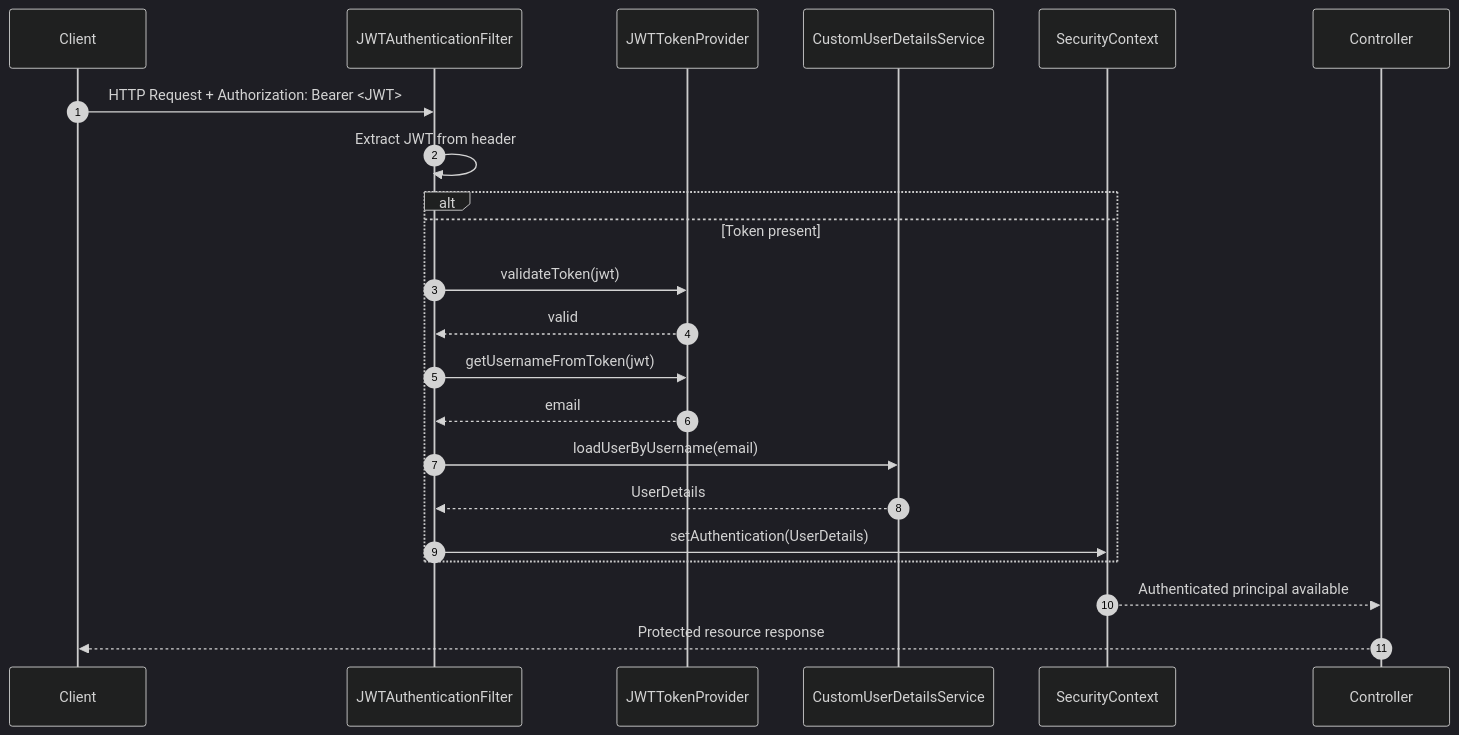
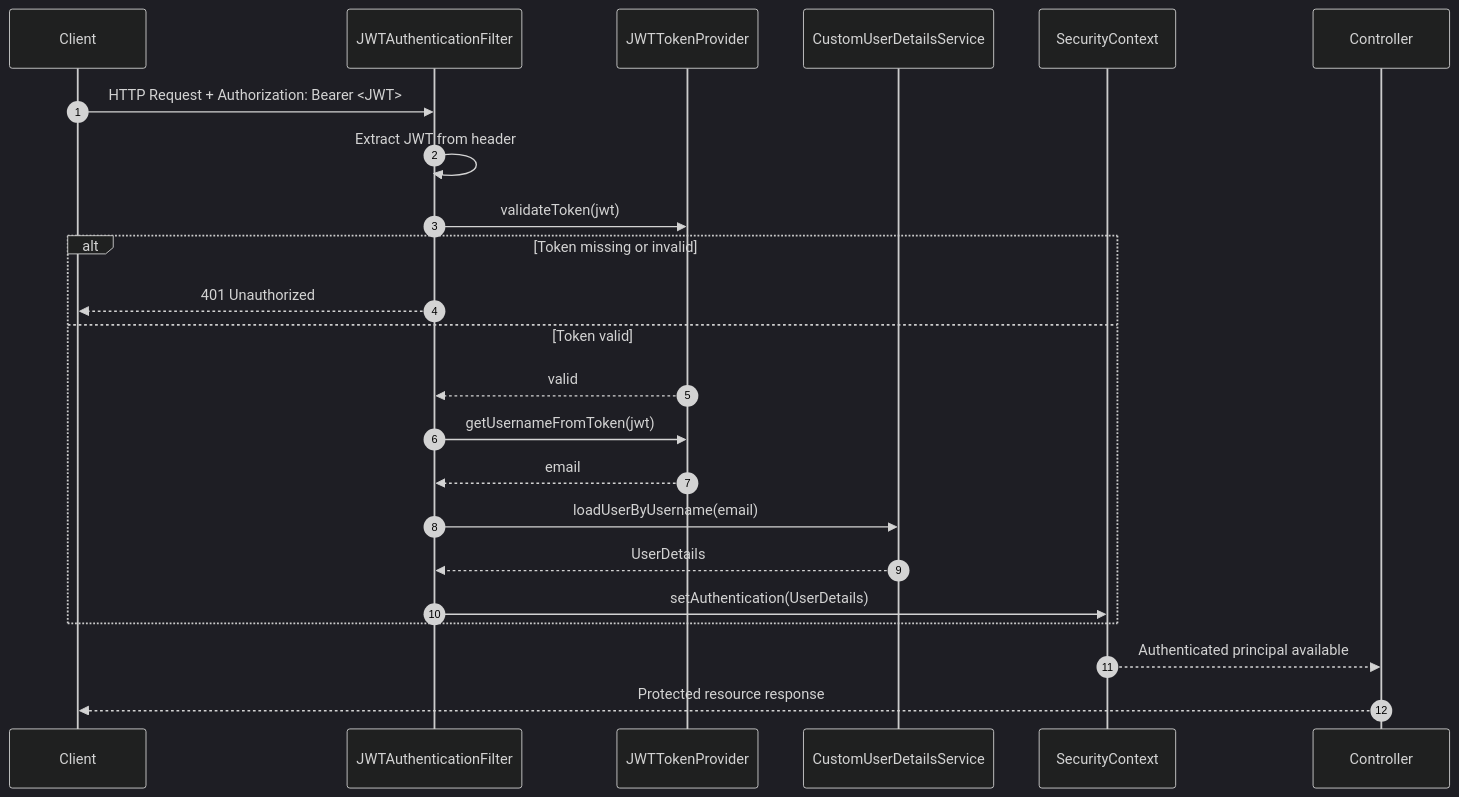
The first of 2 diagrams in docs/diagrams/auth.md (SanaShahSyeda/MemoryApp-Backend), drawn with Mermaid (dark theme) before and after one commit.

Commit message:
refactor(auth.md): update JWT filter mermaid diagram with correct usage of alt block

````diff
--- a/docs/diagrams/auth.md
+++ b/docs/diagrams/auth.md
@@ -7,32 +7,34 @@
 ```mermaid
 sequenceDiagram
     autonumber
     participant Client
     participant SecurityFilter as JWTAuthenticationFilter
     participant TokenProvider as JWTTokenProvider
     participant UserService as CustomUserDetailsService
     participant SecurityContext
     participant Controller
 
     Client->>SecurityFilter: HTTP Request + Authorization: Bearer <JWT>
 
     SecurityFilter->>SecurityFilter: Extract JWT from header
 
-    alt
-    else Token present
-        SecurityFilter->>TokenProvider: validateToken(jwt)
+    SecurityFilter->>TokenProvider: validateToken(jwt)
+
+    alt Token missing or invalid
+        SecurityFilter-->>Client: 401 Unauthorized
+    else Token valid
         TokenProvider-->>SecurityFilter: valid
 
         SecurityFilter->>TokenProvider: getUsernameFromToken(jwt)
         TokenProvider-->>SecurityFilter: email
 
         SecurityFilter->>UserService: loadUserByUsername(email)
         UserService-->>SecurityFilter: UserDetails
 
         SecurityFilter->>SecurityContext: setAuthentication(UserDetails)
     end
 
     SecurityContext-->>Controller: Authenticated principal available
     Controller-->>Client: Protected resource response
 
 ```
````
